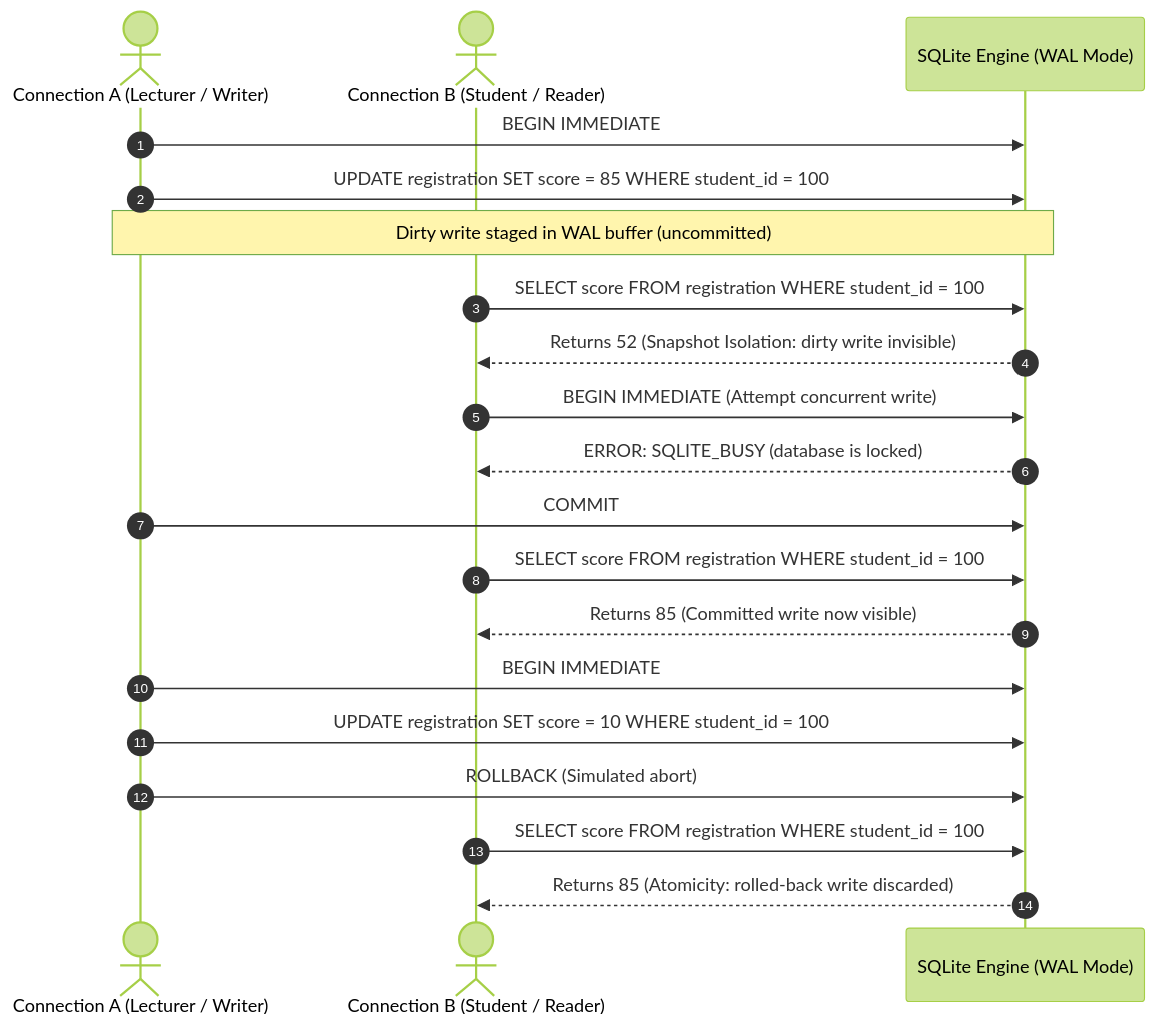
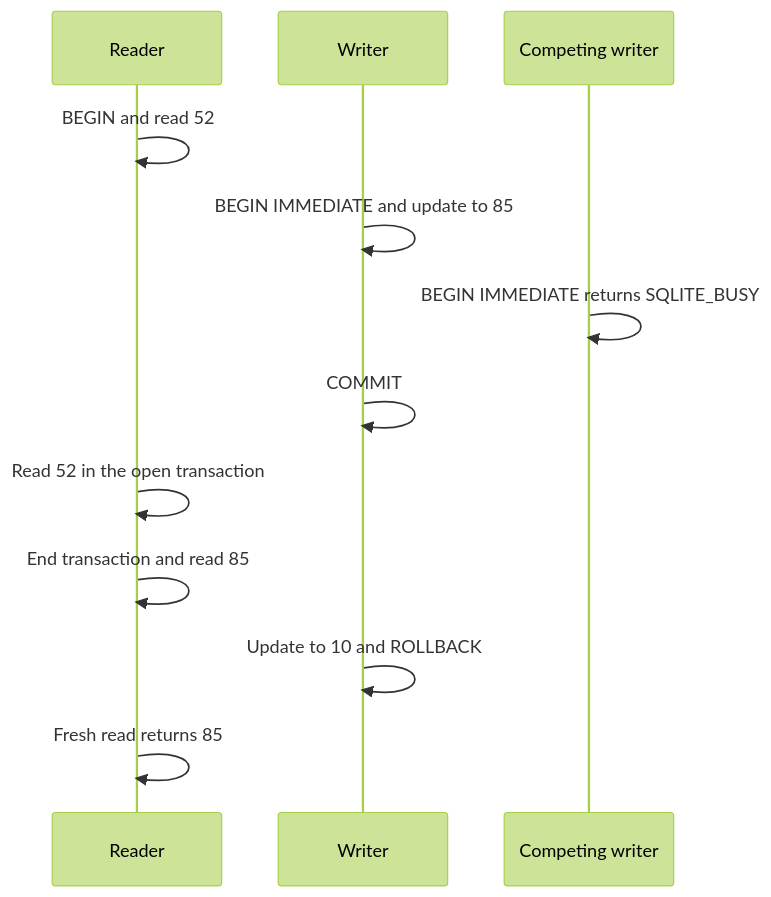
One commit to egunjobirafiat-cell/mit8103-database-portfolio changed the diagram in portfolio-3-transactions-concurrency/README.md. Above: the diagram before and after it, drawn with Mermaid (forest theme). The commit also changed other lines of this file and 8 other files, not shown here.

Commit message:
docs: incorporate reviewer refinements on cloud architecture, WAL isolation, and evidence

````diff
--- a/portfolio-3-transactions-concurrency/README.md
+++ b/portfolio-3-transactions-concurrency/README.md
@@ -41,23 +43,14 @@
 ```mermaid
 sequenceDiagram
-    autonumber
-    actor Writer as Connection A (Lecturer / Writer)
-    actor Reader as Connection B (Student / Reader)
-    participant DB as SQLite Engine (WAL Mode)
-
-    Writer->>DB: BEGIN IMMEDIATE
-    Writer->>DB: UPDATE registration SET score = 85 WHERE student_id = 100
-    Note over Writer,DB: Dirty write staged in WAL buffer (uncommitted)
-    Reader->>DB: SELECT score FROM registration WHERE student_id = 100
-    DB-->>Reader: Returns 52 (Snapshot Isolation: dirty write invisible)
-    Reader->>DB: BEGIN IMMEDIATE (Attempt concurrent write)
-    DB-->>Reader: ERROR: SQLITE_BUSY (database is locked)
-    Writer->>DB: COMMIT
-    Reader->>DB: SELECT score FROM registration WHERE student_id = 100
-    DB-->>Reader: Returns 85 (Committed write now visible)
-    Writer->>DB: BEGIN IMMEDIATE
-    Writer->>DB: UPDATE registration SET score = 10 WHERE student_id = 100
-    Writer->>DB: ROLLBACK (Simulated abort)
-    Reader->>DB: SELECT score FROM registration WHERE student_id = 100
-    DB-->>Reader: Returns 85 (Atomicity: rolled-back write discarded)
+    participant Reader
+    participant Writer
+    participant Competitor as Competing writer
+    Reader->>Reader: BEGIN and read 52
+    Writer->>Writer: BEGIN IMMEDIATE and update to 85
+    Competitor->>Competitor: BEGIN IMMEDIATE returns SQLITE_BUSY
+    Writer->>Writer: COMMIT
+    Reader->>Reader: Read 52 in the open transaction
+    Reader->>Reader: End transaction and read 85
+    Writer->>Writer: Update to 10 and ROLLBACK
+    Reader->>Reader: Fresh read returns 85
 ```
````
